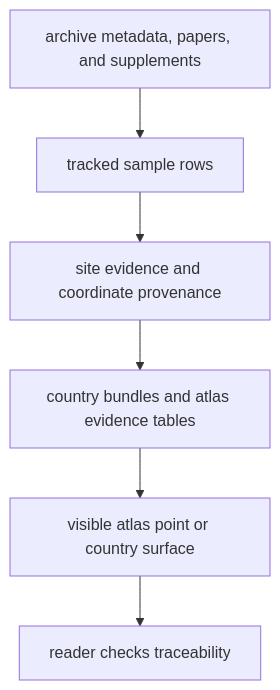
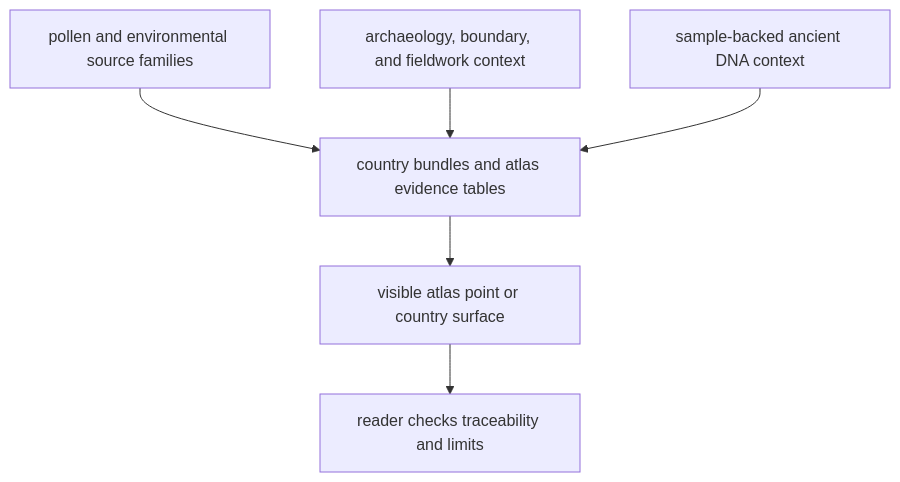
The diagram in docs/index.md (bijux/bijux-pollenomics), drawn with Mermaid before and after one commit. The commit also changed other lines of this file and 27 other files, not shown here.

````diff
--- a/docs/index.md
+++ b/docs/index.md
@@ -58,15 +60,15 @@
 ```mermaid
 flowchart TB
-    archive["archive metadata, papers, and supplements"]
-    samples["tracked sample rows"]
-    sites["site evidence and coordinate provenance"]
+    pollen["pollen and environmental source families"]
+    context["archaeology, boundary, and fieldwork context"]
+    samples["sample-backed ancient DNA context"]
     reports["country bundles and atlas evidence tables"]
     atlas["visible atlas point or country surface"]
-    review["reader checks traceability"]
+    review["reader checks traceability and limits"]
 
-    archive --> samples
-    samples --> sites
-    sites --> reports
+    pollen --> reports
+    context --> reports
+    samples --> reports
     reports --> atlas
     atlas --> review
 ```
````
